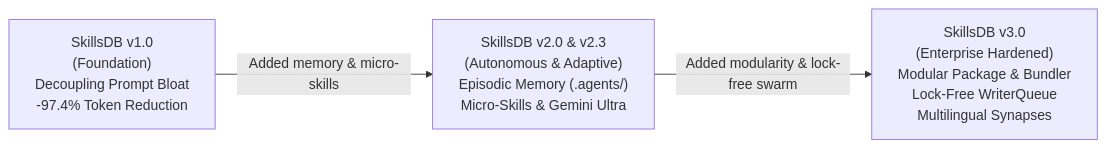
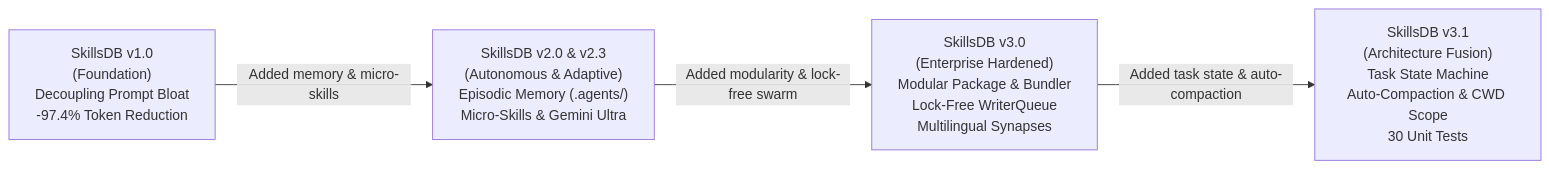
One commit to scorpion421/skillsdb changed the second of 2 diagrams in README.md. Above: the diagram before and after it, drawn with Mermaid. The commit also changed other lines of this file and 7 other files, not shown here.

Commit message:
feat: release SkillsDB v3.1.0 Architecture Fusion (Task State Machine, Auto-Compaction, and Subdirectory Scoping)

````diff
--- a/README.md
+++ b/README.md
@@ -194,9 +194,11 @@
 ```mermaid
 flowchart LR
     V1["SkillsDB v1.0\n(Foundation)\nDecoupling Prompt Bloat\n-97.4% Token Reduction"]
     V2["SkillsDB v2.0 & v2.3\n(Autonomous & Adaptive)\nEpisodic Memory (.agents/)\nMicro-Skills & Gemini Ultra"]
     V3["SkillsDB v3.0\n(Enterprise Hardened)\nModular Package & Bundler\nLock-Free WriterQueue\nMultilingual Synapses"]
+    V4["SkillsDB v3.1\n(Architecture Fusion)\nTask State Machine\nAuto-Compaction & CWD Scope\n30 Unit Tests"]
 
     V1 -->|"Added memory & micro-skills"| V2
     V2 -->|"Added modularity & lock-free swarm"| V3
+    V3 -->|"Added task state & auto-compaction"| V4
 ```
````
